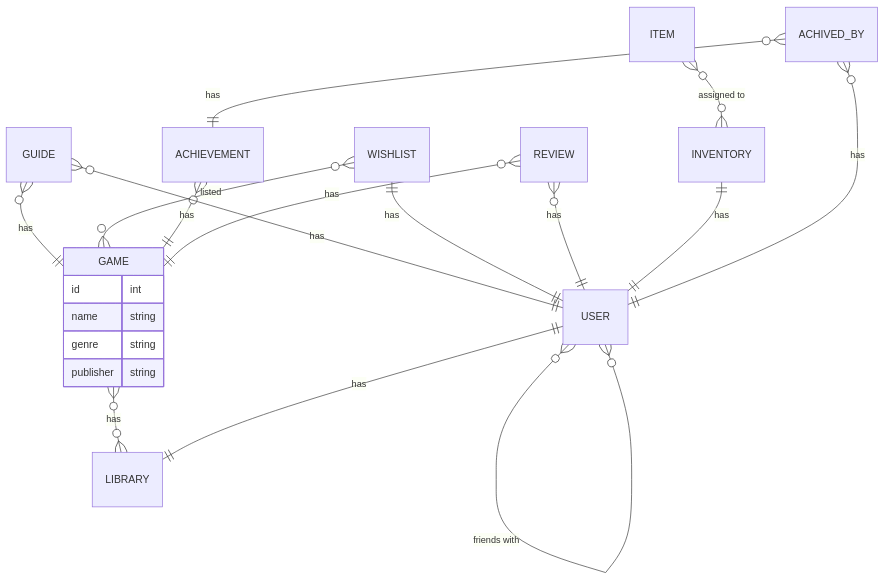
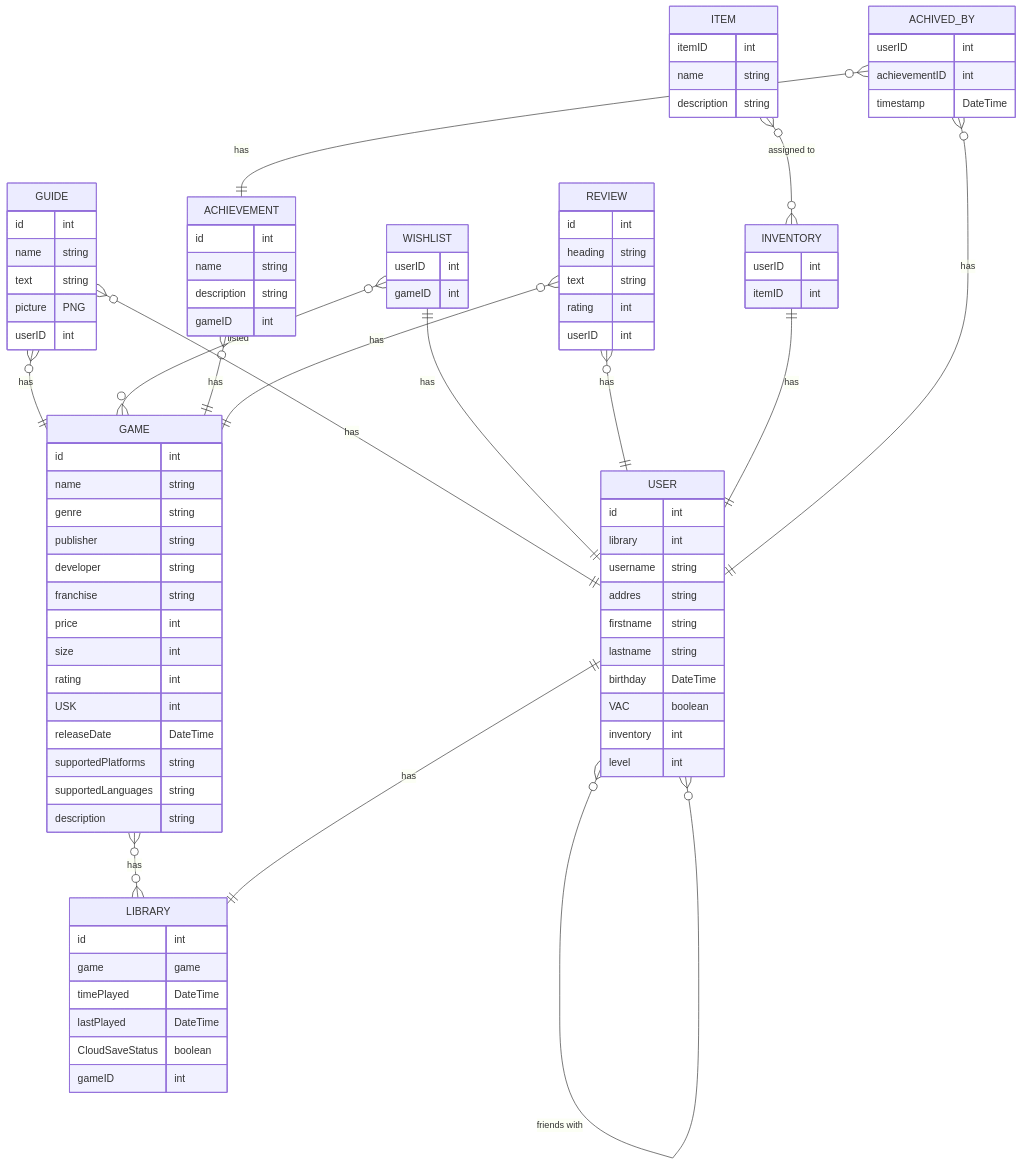
Before and after one commit to Schpadel/SteamDjangoDBModel: the diagram in report/README.md, drawn with Mermaid. The commit also changed other lines of this file and 7 other files, not shown here.

Commit message:
updated ERD

````diff
--- a/report/README.md
+++ b/report/README.md
@@ -1,27 +3,95 @@
 ```mermaid
 erDiagram
     GAME o{--o{ LIBRARY : has
-       GAME {
+        GAME {
         id int
         name string
         genre string
         publisher string
+        developer string
+        franchise string
+        price int
+        size int
+        rating int
+        USK int
+        releaseDate DateTime
+        supportedPlatforms string
+        supportedLanguages string
+        description string
+    }
+    LIBRARY {
+        id int
+        game game
+        timePlayed DateTime
+        lastPlayed DateTime
+        CloudSaveStatus boolean
+        gameID int
     }
     GUIDE }o--|| GAME : has
+        GUIDE {
+            id int
+            name string
+            text string
+            picture PNG
+            userID int
+    }
     WISHLIST }o--o{ GAME : listed
+        WISHLIST {
+            userID int
+            gameID int            
+        }
     ACHIEVEMENT }o--|| GAME : "has"
+        ACHIEVEMENT {
+            id int
+            name string
+            description string
+            gameID int
+        }
     REVIEW }o--|| GAME : has    
+        REVIEW {
+            id int
+            heading string
+            text string
+            rating int
+            userID int
+        }
 
     GUIDE }o--|| USER : has
     WISHLIST ||--|| USER : has
     %%ACHIEVEMENT }o--o{ USER : "achieved"
     REVIEW }o--|| USER : has    
     INVENTORY ||--|| USER : has
+        INVENTORY {
+            userID int
+            itemID int
+        }
 
     USER ||--|| LIBRARY : "has"
+        USER {
+            id int
+            library int
+            username string
+            addres string
+            firstname string
+            lastname string
+            birthday DateTime
+            VAC boolean
+            inventory int
+            level int
+        }
     USER }o--o{ USER : "friends with"    
     ITEM }o--o{ INVENTORY : "assigned to"
 
     ACHIVED_BY }o--|| USER : has
+        ACHIVED_BY {
+            userID int
+            achievementID int
+            timestamp DateTime
+        }
     ACHIVED_BY }o--|| ACHIEVEMENT: has
+    ITEM {
+        itemID int
+        name string
+        description string
+    }
 ```
````
